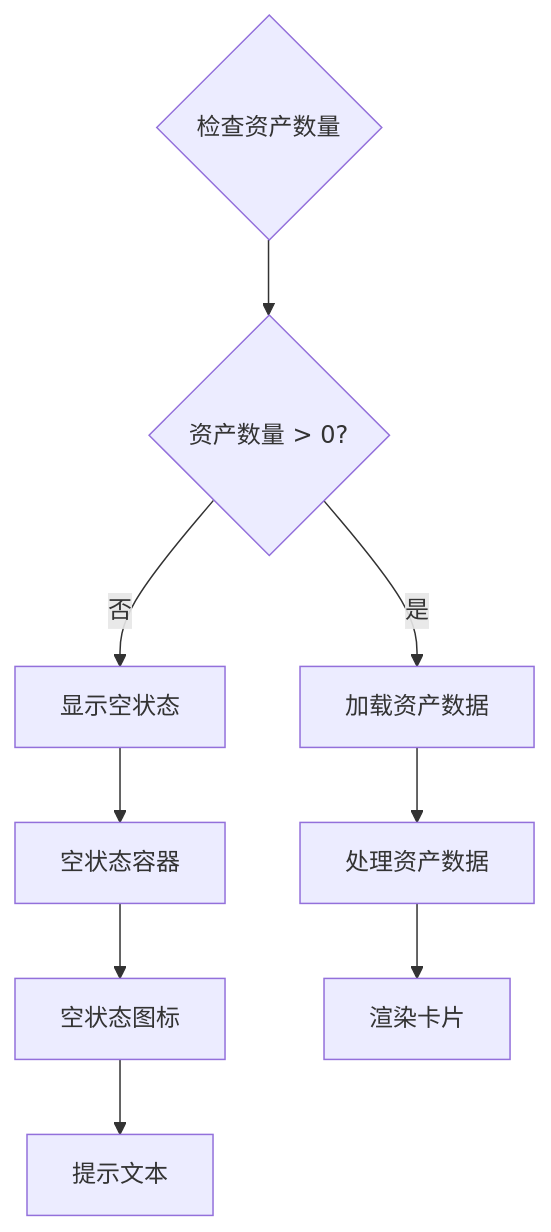
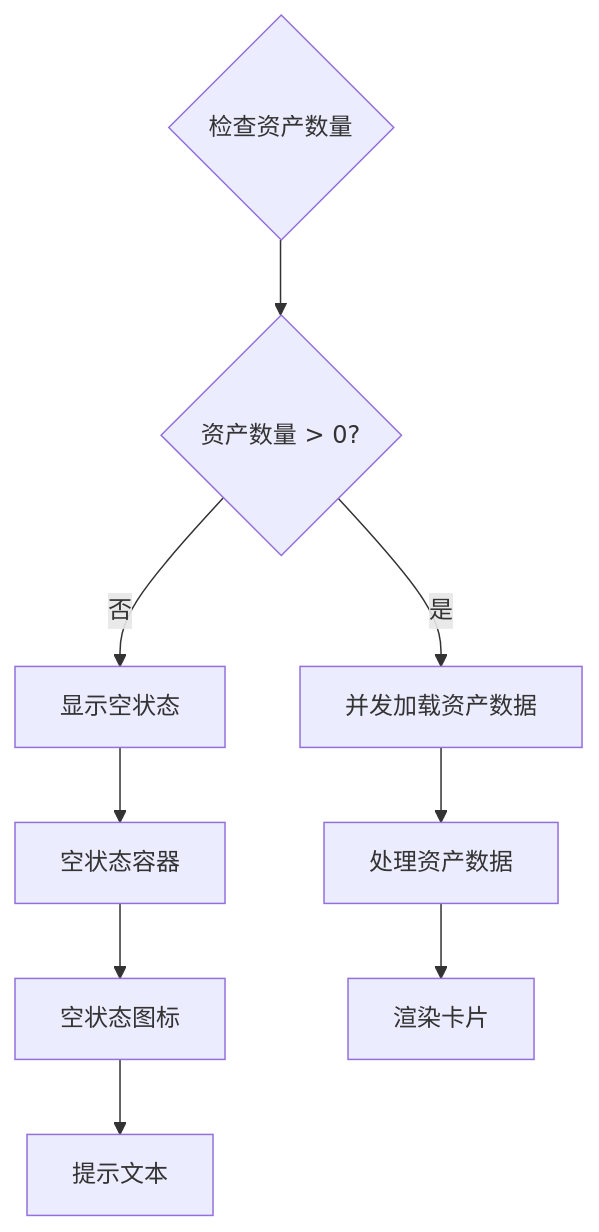
Before and after one commit to xiao-lin-unit/yuan: the fifth of 19 diagrams in .qoder/repowiki/zh/content/资产管理/资产总览.md, drawn with Mermaid. The commit also changed other lines of this file and 21 other files, not shown here.

````diff
--- a/.qoder/repowiki/zh/content/资产管理/资产总览.md
+++ b/.qoder/repowiki/zh/content/资产管理/资产总览.md
@@ -233,11 +256,11 @@
 ```mermaid
 flowchart TD
 CheckAssets{检查资产数量} --> HasAssets{资产数量 > 0?}
 HasAssets --> |否| ShowEmpty[显示空状态]
-HasAssets --> |是| LoadAssets[加载资产数据]
+HasAssets --> |是| LoadAssets[并发加载资产数据]
 ShowEmpty --> EmptyContainer[空状态容器]
 EmptyContainer --> EmptyIcon[空状态图标]
 EmptyIcon --> EmptyText[提示文本]
 LoadAssets --> ProcessAssets[处理资产数据]
 ProcessAssets --> RenderCards[渲染卡片]
 ```
````
